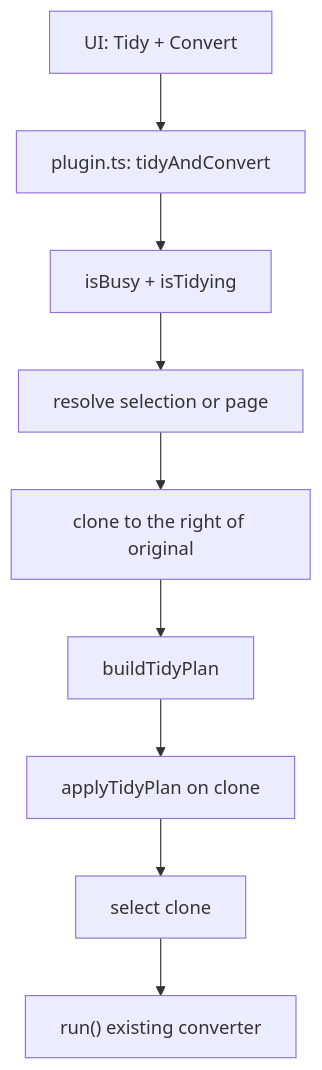
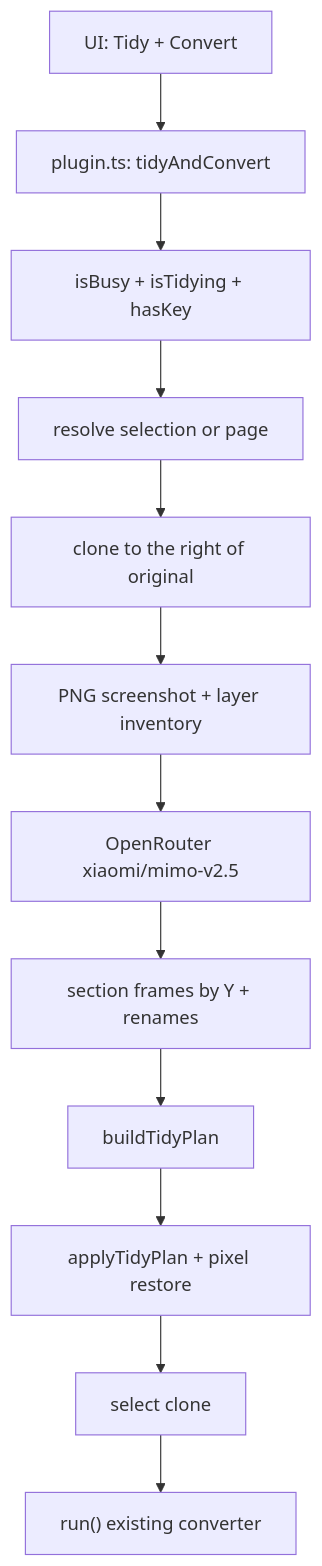
Before and after one commit to CodeByStella/FIGMA2CODE: the fourth of 10 diagrams in docs/logic.md, drawn with Mermaid. The commit also changed other lines of this file and 76 other files, not shown here.

First line of the commit message:
Add OpenRouter vision sections to Tidy + Convert

````diff
--- a/docs/logic.md
+++ b/docs/logic.md
@@ -117,11 +119,14 @@
 ```mermaid
 flowchart TD
   UI["UI: Tidy + Convert"] --> Msg["plugin.ts: tidyAndConvert"]
-  Msg --> Guard["isBusy + isTidying"]
+  Msg --> Guard["isBusy + isTidying + hasKey"]
   Guard --> Target["resolve selection or page"]
   Target --> Clone["clone to the right of original"]
-  Clone --> Plan["buildTidyPlan"]
-  Plan --> Apply["applyTidyPlan on clone"]
+  Clone --> Shot["PNG screenshot + layer inventory"]
+  Shot --> AI["OpenRouter xiaomi/mimo-v2.5"]
+  AI --> Sec["section frames by Y + renames"]
+  Sec --> Plan["buildTidyPlan"]
+  Plan --> Apply["applyTidyPlan + pixel restore"]
   Apply --> Sel["select clone"]
   Sel --> Run["run() existing converter"]
 ```
````
